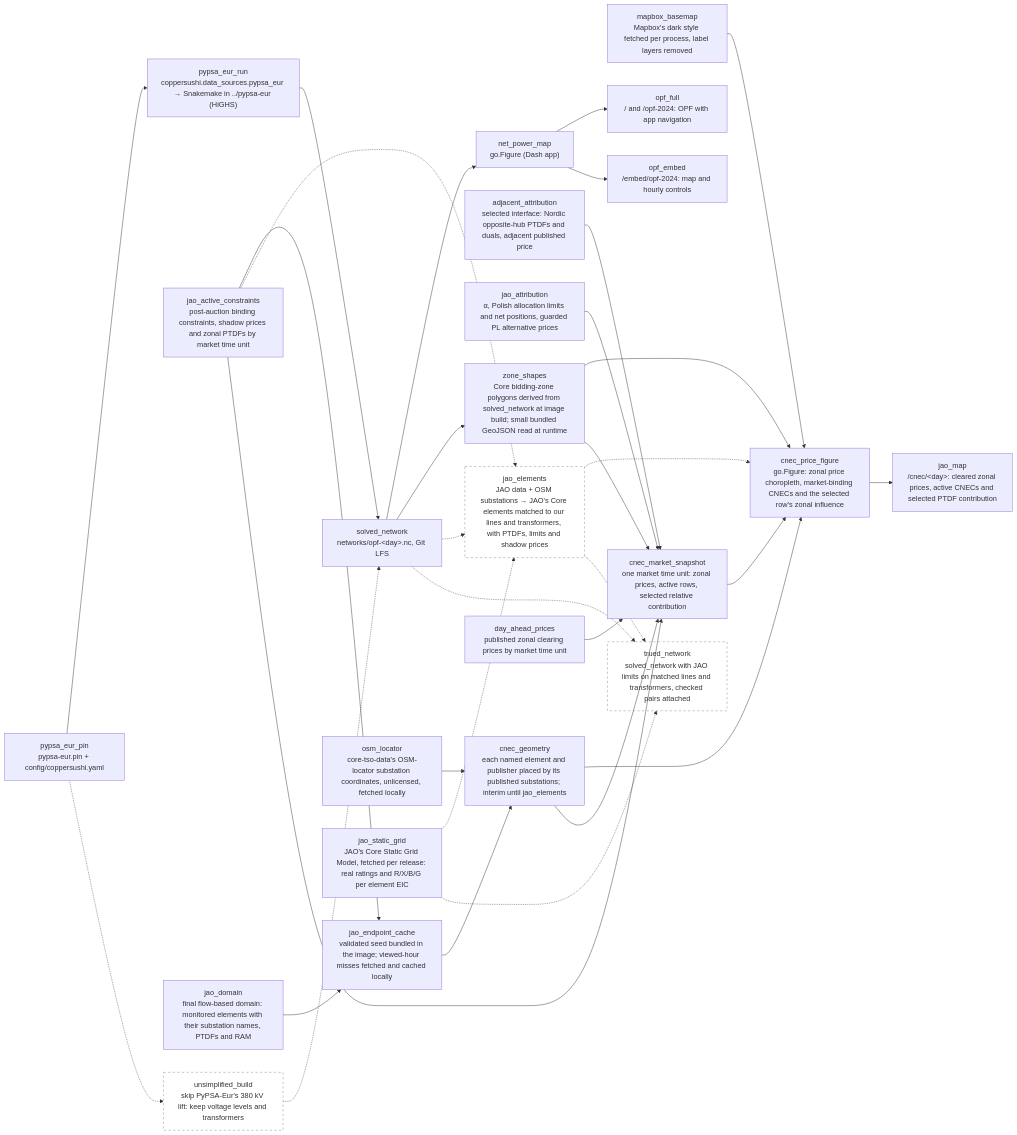
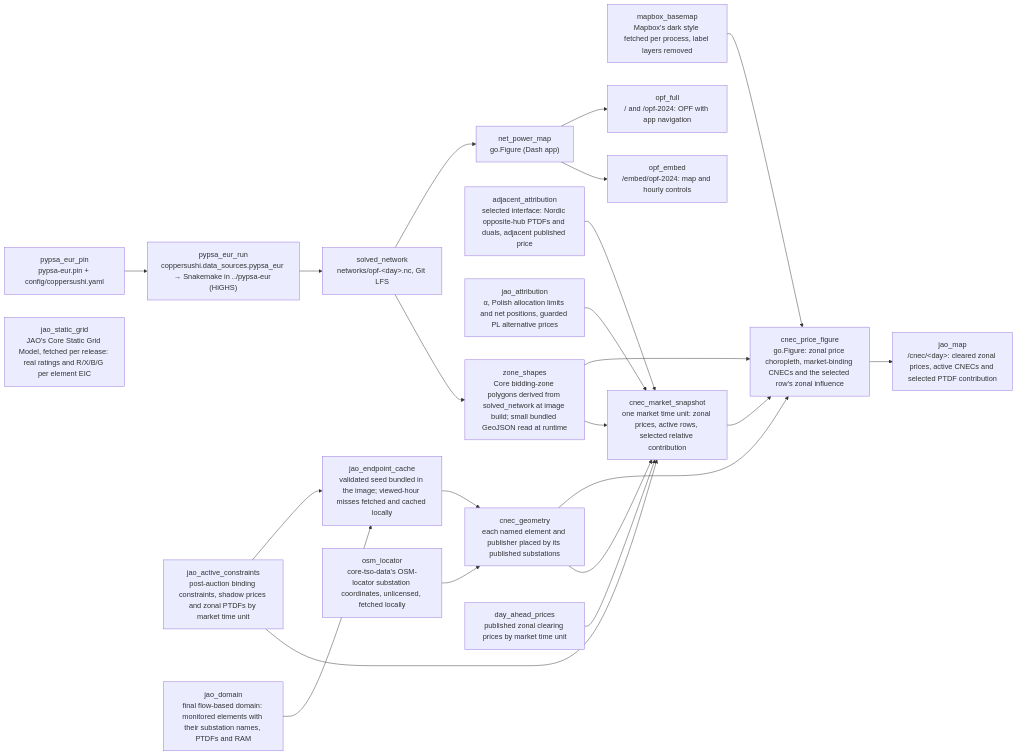
The diagram in wiki/sushi-2.md (zoltanmaric/coppersushi), drawn with Mermaid before and after one commit. The commit also changed other lines of this file and 23 other files, not shown here.

````diff
--- a/wiki/sushi-2.md
+++ b/wiki/sushi-2.md
@@ -17,62 +17,50 @@
 ```mermaid
 flowchart LR
     classDef planned stroke-dasharray: 5 5,stroke:#888,fill:none
 
     net_power_map["net_power_map<br/>go.Figure (Dash app)"]
 
     pypsa_eur_pin["pypsa_eur_pin<br/>pypsa-eur.pin + config/coppersushi.yaml"]
     pypsa_eur_run["pypsa_eur_run<br/>coppersushi.data_sources.pypsa_eur → Snakemake in ../pypsa-eur (HiGHS)"]
     solved_network["solved_network<br/>networks/opf-&lt;day&gt;.nc, Git LFS"]
     jao_active_constraints["jao_active_constraints<br/>post-auction binding constraints, shadow prices and zonal PTDFs by market time unit"]
     adjacent_attribution["adjacent_attribution<br/>selected interface: Nordic opposite-hub PTDFs and duals, adjacent published price"]
     jao_attribution["jao_attribution<br/>α, Polish allocation limits and net positions, guarded PL alternative prices"]
     jao_domain["jao_domain<br/>final flow-based domain: monitored elements with their substation names, PTDFs and RAM"]
     jao_endpoint_cache["jao_endpoint_cache<br/>validated seed bundled in the image; viewed-hour misses fetched and cached locally"]
     osm_locator["osm_locator<br/>core-tso-data's OSM-locator substation coordinates, unlicensed, fetched locally"]
-    cnec_geometry["cnec_geometry<br/>each named element and publisher placed by its published substations; interim until jao_elements"]
+    cnec_geometry["cnec_geometry<br/>each named element and publisher placed by its published substations"]
     zone_shapes["zone_shapes<br/>Core bidding-zone polygons derived from solved_network at image build; small bundled GeoJSON read at runtime"]
     mapbox_basemap["mapbox_basemap<br/>Mapbox's dark style fetched per process, label layers removed"]
 
     jao_static_grid["jao_static_grid<br/>JAO's Core Static Grid Model, fetched per release: real ratings and R/X/B/G per element EIC"]
 
-    unsimplified["unsimplified_build<br/>skip PyPSA-Eur's 380 kV lift: keep voltage levels and transformers"]:::planned
-    jao_elements["jao_elements<br/>JAO data + OSM substations → JAO's Core elements matched to our lines and transformers, with PTDFs, limits and shadow prices"]:::planned
     day_ahead_prices["day_ahead_prices<br/>published zonal clearing prices by market time unit"]
     cnec_market_snapshot["cnec_market_snapshot<br/>one market time unit: zonal prices, active rows, selected relative contribution"]
     cnec_price_figure["cnec_price_figure<br/>go.Figure: zonal price choropleth, market-binding CNECs and the selected row's zonal influence"]
     jao_map["jao_map<br/>/cnec/&lt;day&gt;: cleared zonal prices, active CNECs and selected PTDF contribution"]
-    trued_network["trued_network<br/>solved_network with JAO limits on matched lines and transformers, checked pairs attached"]:::planned
 
     pypsa_eur_pin --> pypsa_eur_run
-    pypsa_eur_pin -.-> unsimplified
-    unsimplified -.-> solved_network
     pypsa_eur_run --> solved_network
     opf_full["opf_full<br/>/ and /opf-2024: OPF with app navigation"]
     opf_embed["opf_embed<br/>/embed/opf-2024: map and hourly controls"]
     net_power_map --> opf_full
     net_power_map --> opf_embed
     solved_network --> net_power_map
     solved_network --> zone_shapes
     zone_shapes --> cnec_price_figure
     jao_domain --> jao_endpoint_cache
     jao_active_constraints --> jao_endpoint_cache
     jao_endpoint_cache --> cnec_geometry
     osm_locator --> cnec_geometry
     cnec_geometry --> cnec_price_figure
     mapbox_basemap --> cnec_price_figure
-    solved_network -.-> jao_elements
-    jao_static_grid -.-> jao_elements
-    jao_static_grid -.-> trued_network
-    jao_active_constraints -.-> jao_elements
     adjacent_attribution --> cnec_market_snapshot
     jao_attribution --> cnec_market_snapshot
     cnec_geometry --> cnec_market_snapshot
     zone_shapes --> cnec_market_snapshot
     jao_active_constraints --> cnec_market_snapshot
     day_ahead_prices --> cnec_market_snapshot
-    jao_elements -.-> cnec_price_figure
     cnec_market_snapshot --> cnec_price_figure
     cnec_price_figure --> jao_map
-    jao_elements -.-> trued_network
-    solved_network -.-> trued_network
 ```
````
